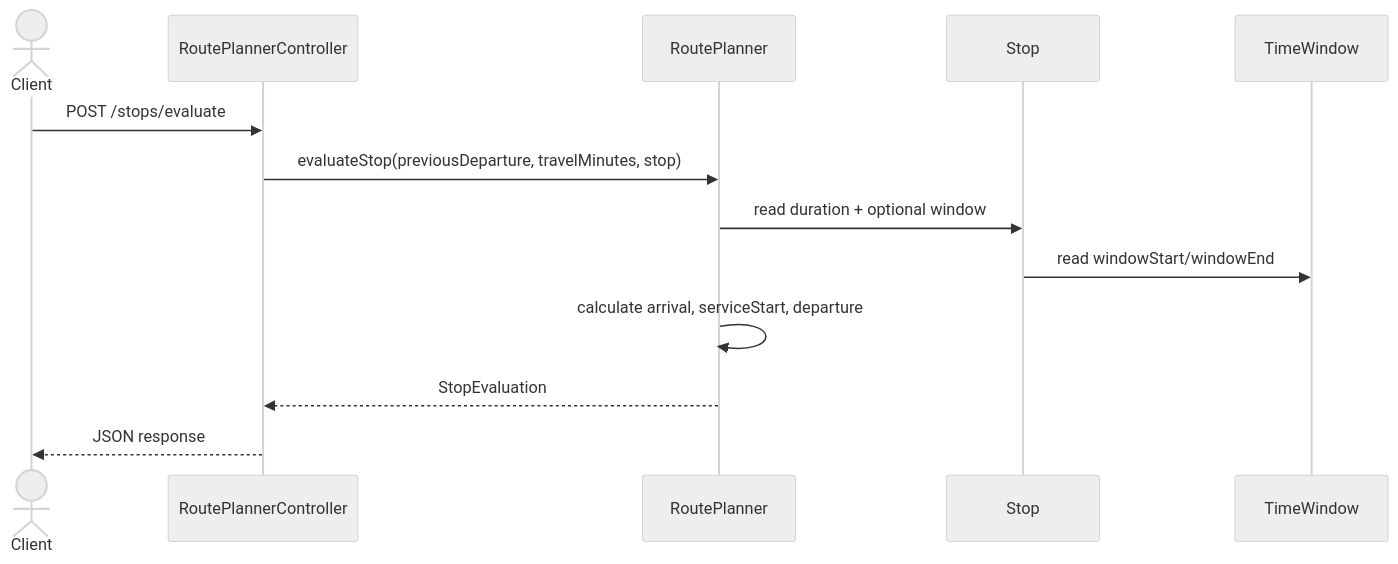
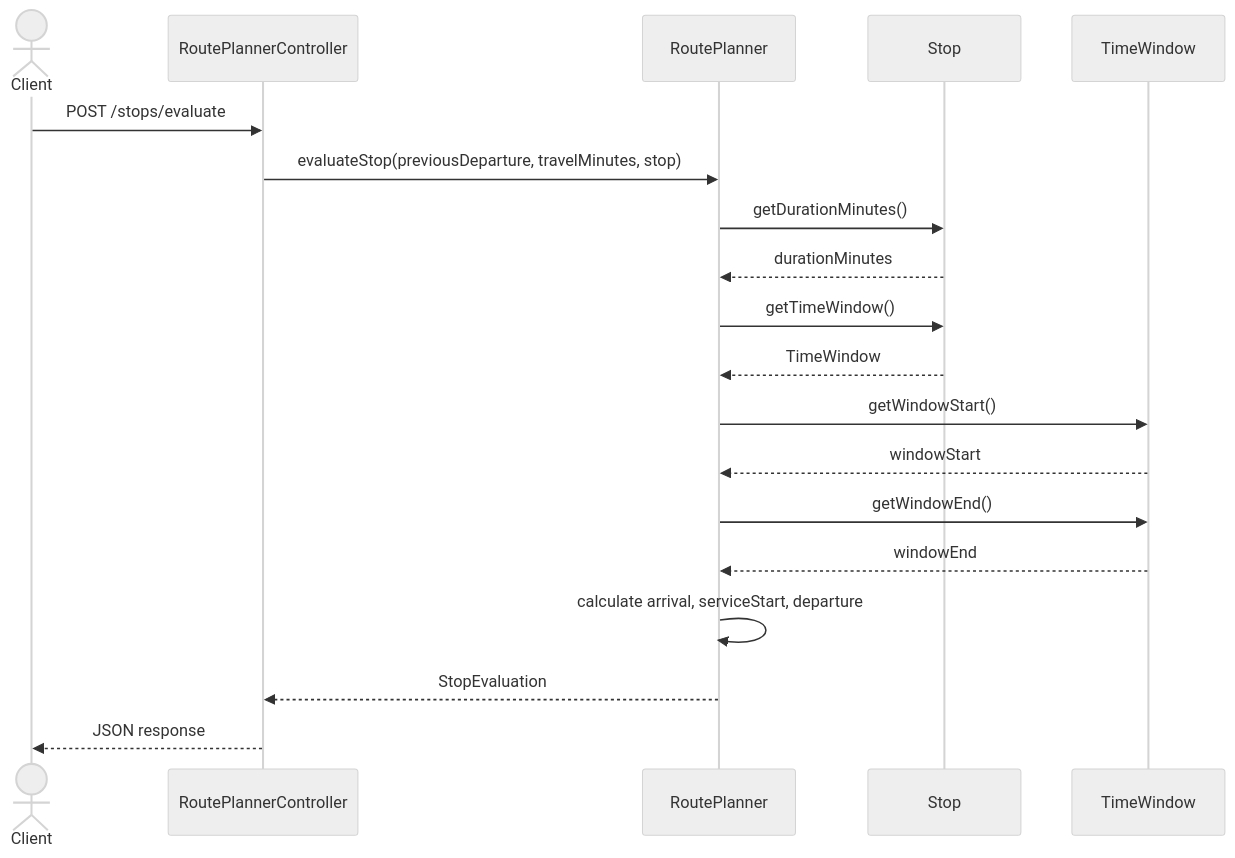
One commit to neemishrak/Route-Planner changed the second of 2 diagrams in README.md. Above: the diagram before and after it, drawn with Mermaid (neutral theme). The commit also changed other lines of this file, not shown here.

Commit message:
Fix README sequence diagram to show RoutePlanner fetching stop and time window data before calculations

````diff
--- a/README.md
+++ b/README.md
@@ -134,16 +134,22 @@
 ```mermaid
 sequenceDiagram
     actor Client
     participant Controller as RoutePlannerController
     participant Service as RoutePlanner
     participant StopModel as Stop
     participant Window as TimeWindow
 
     Client->>Controller: POST /stops/evaluate
     Controller->>Service: evaluateStop(previousDeparture, travelMinutes, stop)
-    Service->>StopModel: read duration + optional window
-    StopModel->>Window: read windowStart/windowEnd
+    Service->>StopModel: getDurationMinutes()
+    StopModel-->>Service: durationMinutes
+    Service->>StopModel: getTimeWindow()
+    StopModel-->>Service: TimeWindow
+    Service->>Window: getWindowStart()
+    Window-->>Service: windowStart
+    Service->>Window: getWindowEnd()
+    Window-->>Service: windowEnd
     Service->>Service: calculate arrival, serviceStart, departure
     Service-->>Controller: StopEvaluation
     Controller-->>Client: JSON response
 ```
````
